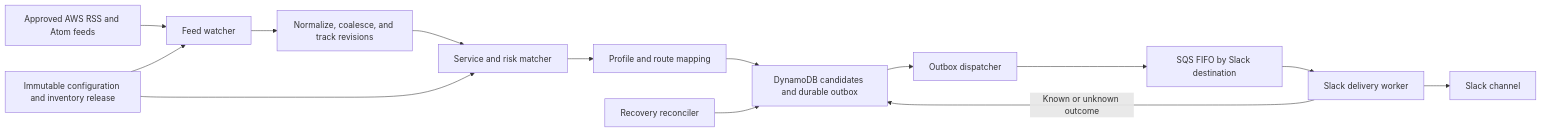
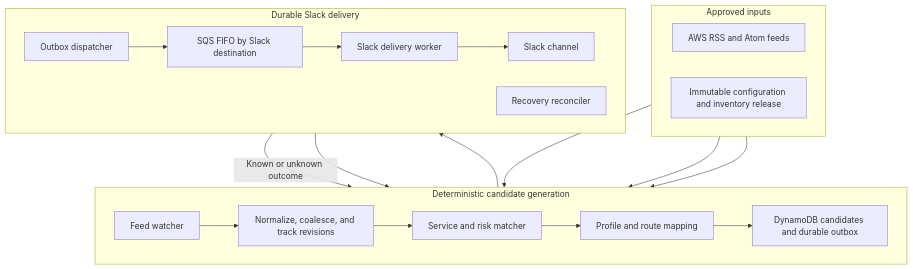
The diagram in site/architecture.mmd (lilabrooks/aws-public-change-feed), drawn with Mermaid before and after one commit. The commit also changed 2 other files, not shown here.

Commit message:
Clarify AI attribution and improve architecture diagram (#6)
* Name Codex in AI contribution

* Improve architecture page readability

```diff
--- a/site/architecture.mmd
+++ b/site/architecture.mmd
@@ -1,17 +1,32 @@
-flowchart LR
+flowchart TB
     accTitle: AWS Public Change Alerting processing flow
     accDescr: Approved public AWS feeds and an immutable configuration release enter deterministic processing. Route-scoped candidates are stored in DynamoDB, dispatched through SQS FIFO, and delivered to Slack with recovery state retained in DynamoDB.
 
-    Feeds["Approved AWS RSS and Atom feeds"] --> Watcher["Feed watcher"]
-    Release["Immutable configuration and inventory release"] --> Watcher
-    Watcher --> Normalize["Normalize, coalesce, and track revisions"]
-    Normalize --> Matcher["Service and risk matcher"]
+    subgraph Inputs["Approved inputs"]
+        direction LR
+        Feeds["AWS RSS and Atom feeds"]
+        Release["Immutable configuration and inventory release"]
+    end
+
+    subgraph Decisioning["Deterministic candidate generation"]
+        direction LR
+        Watcher["Feed watcher"] --> Normalize["Normalize, coalesce, and track revisions"]
+        Normalize --> Matcher["Service and risk matcher"]
+        Matcher --> Routes["Profile and route mapping"]
+        Routes --> Outbox["DynamoDB candidates and durable outbox"]
+    end
+
+    subgraph Delivery["Durable Slack delivery"]
+        direction LR
+        Dispatcher["Outbox dispatcher"] --> Queue["SQS FIFO by Slack destination"]
+        Queue --> Worker["Slack delivery worker"]
+        Worker --> Slack["Slack channel"]
+        Reconciler["Recovery reconciler"]
+    end
+
+    Feeds --> Watcher
+    Release --> Watcher
     Release --> Matcher
-    Matcher --> Routes["Profile and route mapping"]
-    Routes --> Outbox["DynamoDB candidates and durable outbox"]
-    Outbox --> Dispatcher["Outbox dispatcher"]
-    Dispatcher --> Queue["SQS FIFO by Slack destination"]
-    Queue --> Worker["Slack delivery worker"]
-    Worker --> Slack["Slack channel"]
+    Outbox --> Dispatcher
     Worker -->|"Known or unknown outcome"| Outbox
-    Reconciler["Recovery reconciler"] --> Outbox
+    Reconciler --> Outbox
```
